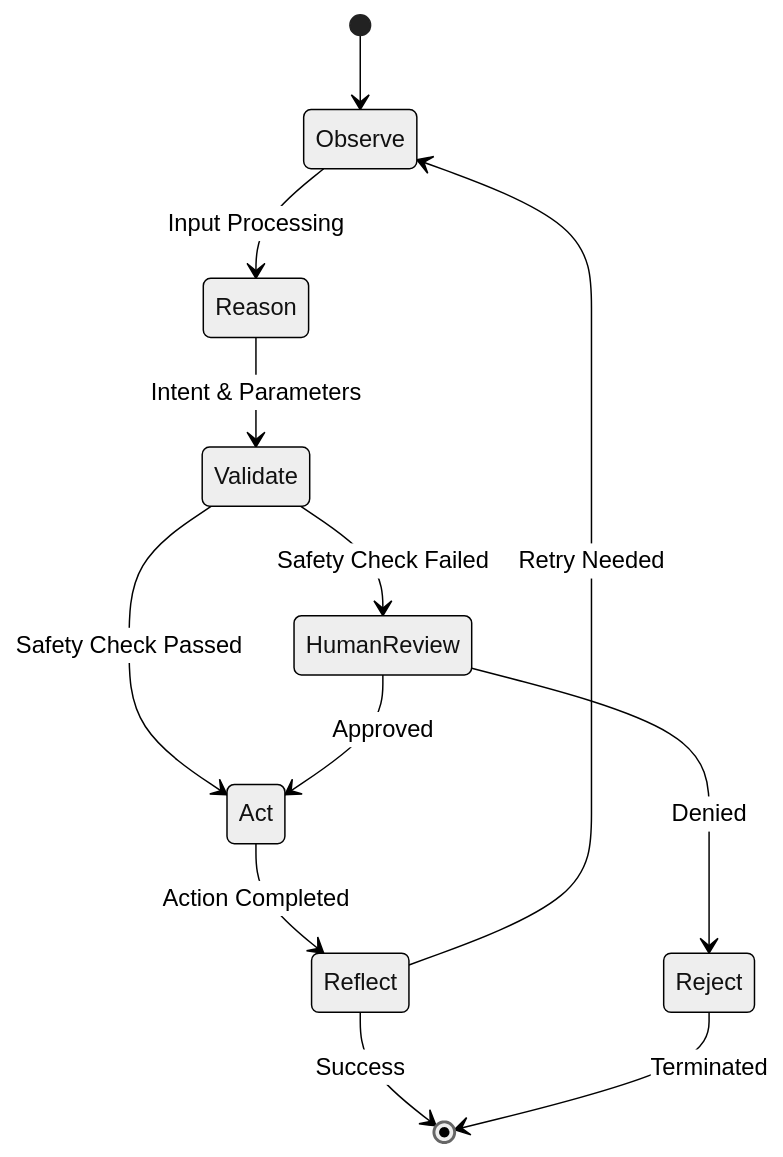
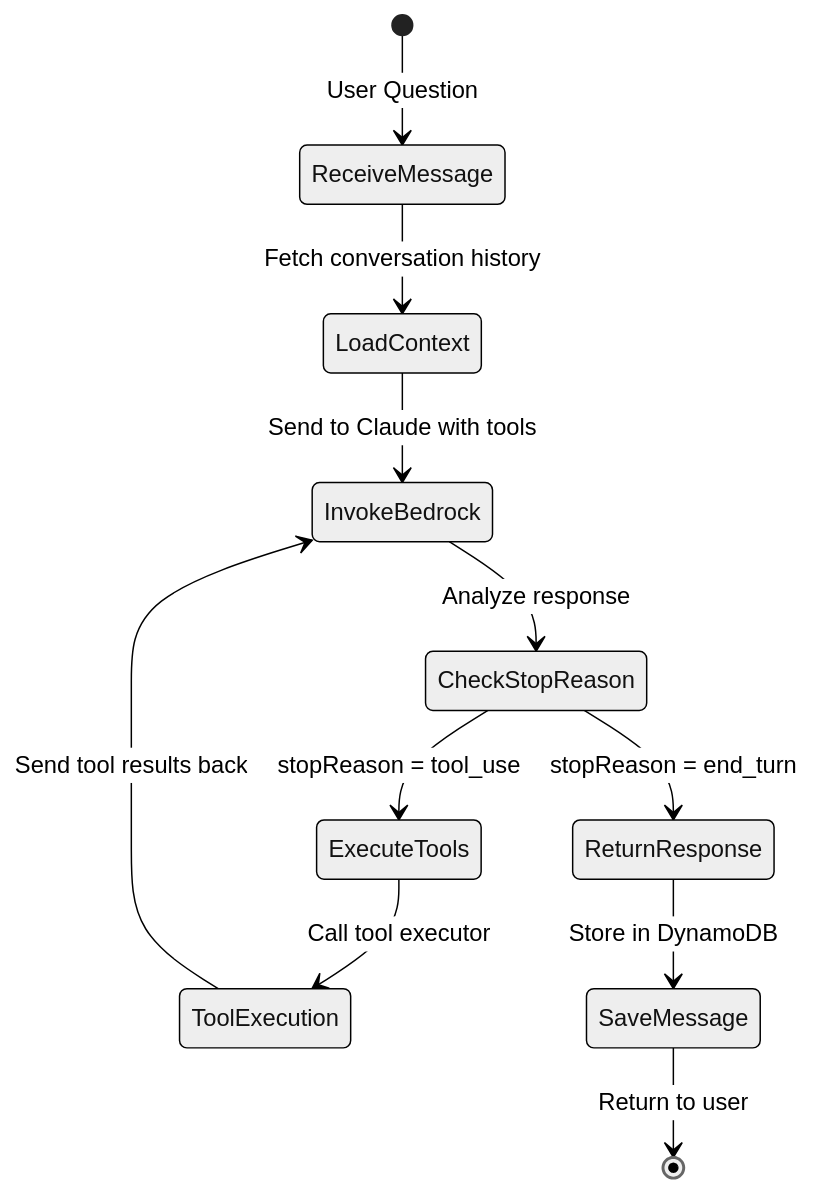
One commit to orincore/AI-For-Bharat changed the second of 2 diagrams in .kiro/specs/socialos/design.md. Above: the diagram before and after it, drawn with Mermaid (neutral theme). The commit also changed other lines of this file and 7 other files, not shown here.

````diff
--- a/.kiro/specs/socialos/design.md
+++ b/.kiro/specs/socialos/design.md
@@ -92,14 +89,13 @@
 ```mermaid
 stateDiagram-v2
-    [*] --> Observe
-    Observe --> Reason: Input Processing
-    Reason --> Validate: Intent & Parameters
-    Validate --> Act: Safety Check Passed
-    Validate --> HumanReview: Safety Check Failed
-    HumanReview --> Act: Approved
-    HumanReview --> Reject: Denied
-    Act --> Reflect: Action Completed
-    Reflect --> [*]: Success
-    Reflect --> Observe: Retry Needed
-    Reject --> [*]: Terminated
+    [*] --> ReceiveMessage: User Question
+    ReceiveMessage --> LoadContext: Fetch conversation history
+    LoadContext --> InvokeBedrock: Send to Claude with tools
+    InvokeBedrock --> CheckStopReason: Analyze response
+    CheckStopReason --> ExecuteTools: stopReason = tool_use
+    CheckStopReason --> ReturnResponse: stopReason = end_turn
+    ExecuteTools --> ToolExecution: Call tool executor
+    ToolExecution --> InvokeBedrock: Send tool results back
+    ReturnResponse --> SaveMessage: Store in DynamoDB
+    SaveMessage --> [*]: Return to user
 ```
````
